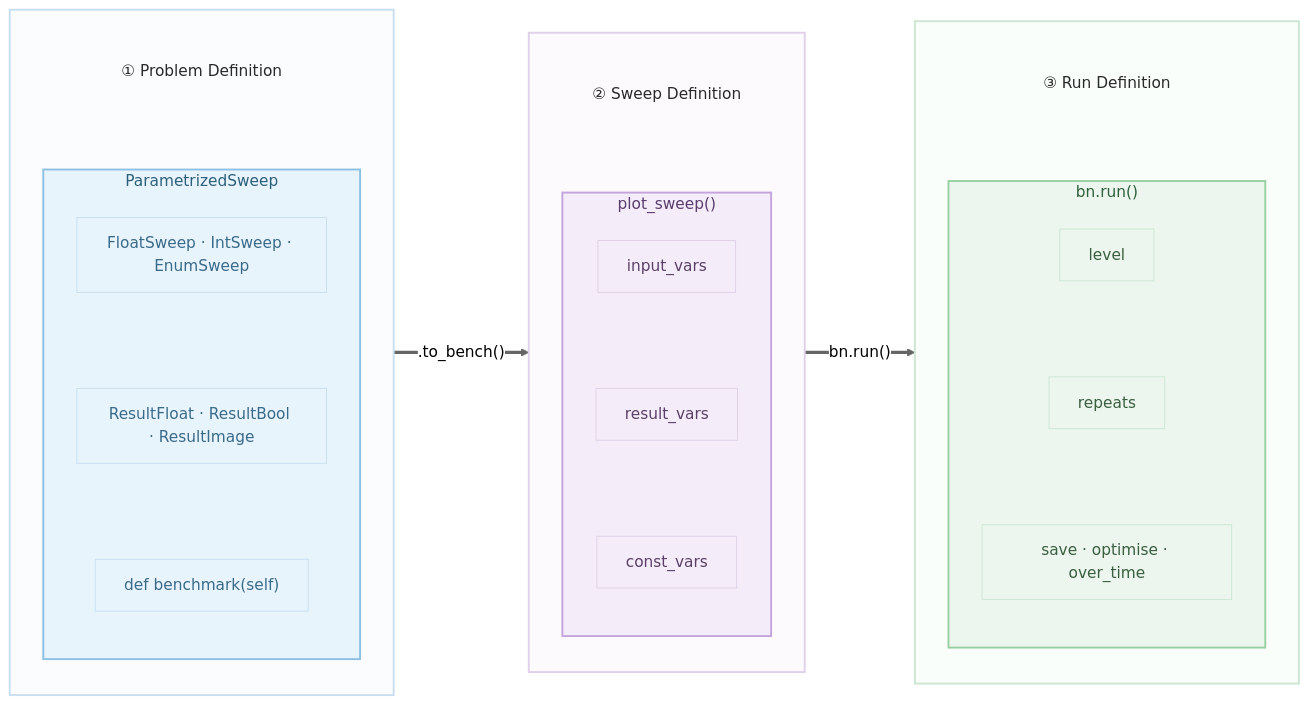
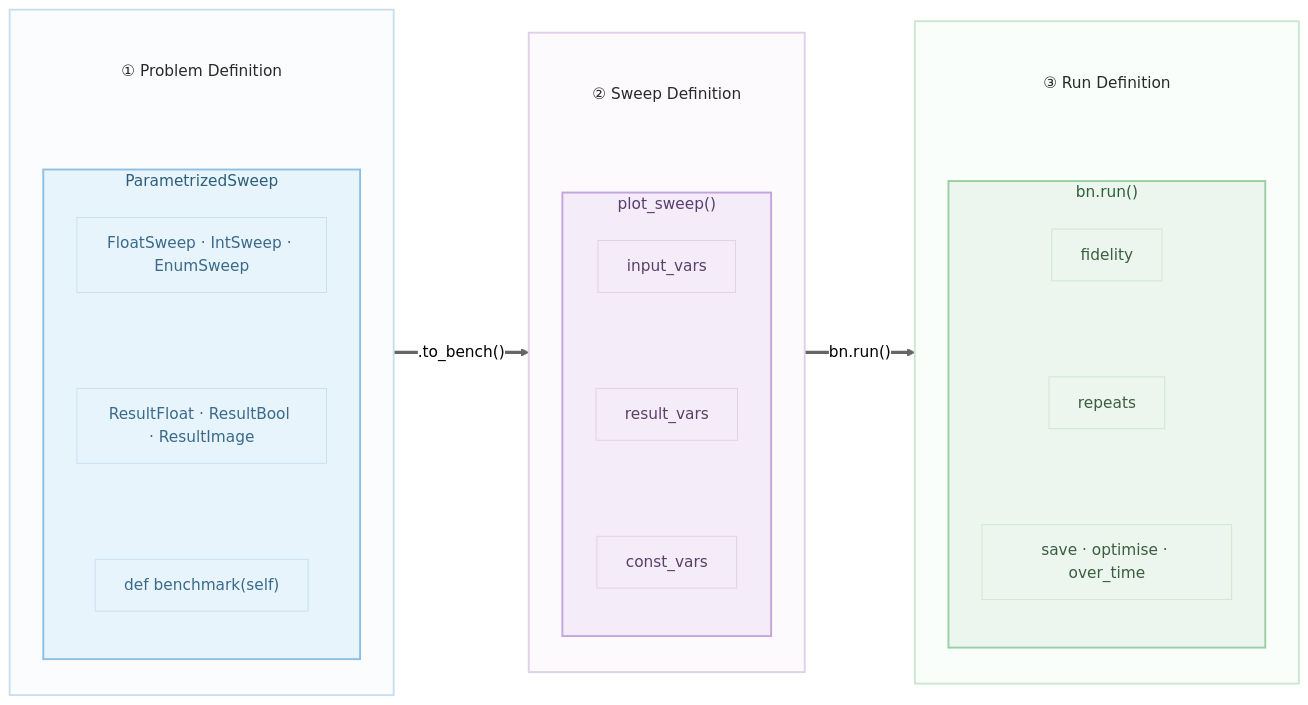
Before and after one commit to blooop/bencher: the first of 2 diagrams in docs/concepts.md, drawn with Mermaid (neutral theme). The commit also changed other lines of this file and 57 other files, not shown here.

First line of the commit message:
Rename 'level' to 'fidelity' across the API with backward-compatible deprecation shims

````diff
--- a/docs/concepts.md
+++ b/docs/concepts.md
@@ -53,60 +53,60 @@
 ```{mermaid}
 flowchart LR
     subgraph Problem [" "]
         direction TB
         PT["① Problem Definition"]
         subgraph PS ["ParametrizedSweep"]
             direction TB
             Inputs[FloatSweep · IntSweep · EnumSweep]
             Results[ResultFloat · ResultBool · ResultImage]
             Fn["def benchmark(self)"]
             Inputs ~~~ Results ~~~ Fn
         end
         PT ~~~ PS
     end
 
     subgraph Sweep [" "]
         direction TB
         ST["② Sweep Definition"]
         subgraph SW ["plot_sweep()"]
             direction TB
             IV[input_vars]
             RV[result_vars]
             CV[const_vars]
             IV ~~~ RV ~~~ CV
         end
         ST ~~~ SW
     end
 
     subgraph Run [" "]
         direction TB
         RT["③ Run Definition"]
         subgraph RN ["bn.run()"]
             direction TB
-            Level[level]
+            Level[fidelity]
             Repeats[repeats]
             Opts[save · optimise · over_time]
             Level ~~~ Repeats ~~~ Opts
         end
         RT ~~~ RN
     end
 
     Problem == .to_bench() ==> Sweep == bn.run() ==> Run
 
     classDef title fill:none,stroke:none,color:#2a2a2a,font-size:16px
     classDef blueLight fill:#e8f4fc,stroke:#c8dff0,color:#3a6a8a
     classDef purpleLight fill:#f4ecf8,stroke:#e0d0ea,color:#5a4068
     classDef greenLight fill:#ecf6ee,stroke:#cce6d2,color:#3a5e40
 
     class PT,ST,RT title
     class Inputs,Results,Fn blueLight
     class IV,RV,CV purpleLight
     class Level,Repeats,Opts greenLight
 
     style Problem fill:#fafcfe,stroke:#c8dff0,stroke-width:2px
     style Sweep fill:#fdfafe,stroke:#e0d0ea,stroke-width:2px
     style Run fill:#fafefa,stroke:#cce6d2,stroke-width:2px
     style PS fill:#e8f4fc,stroke:#8ec0e4,stroke-width:2px,color:#2c5f7a
     style SW fill:#f4ecf8,stroke:#c4a4dc,stroke-width:2px,color:#5a3d6e
     style RN fill:#ecf6ee,stroke:#98d0a4,stroke-width:2px,color:#2e5e3a
 ```
````
